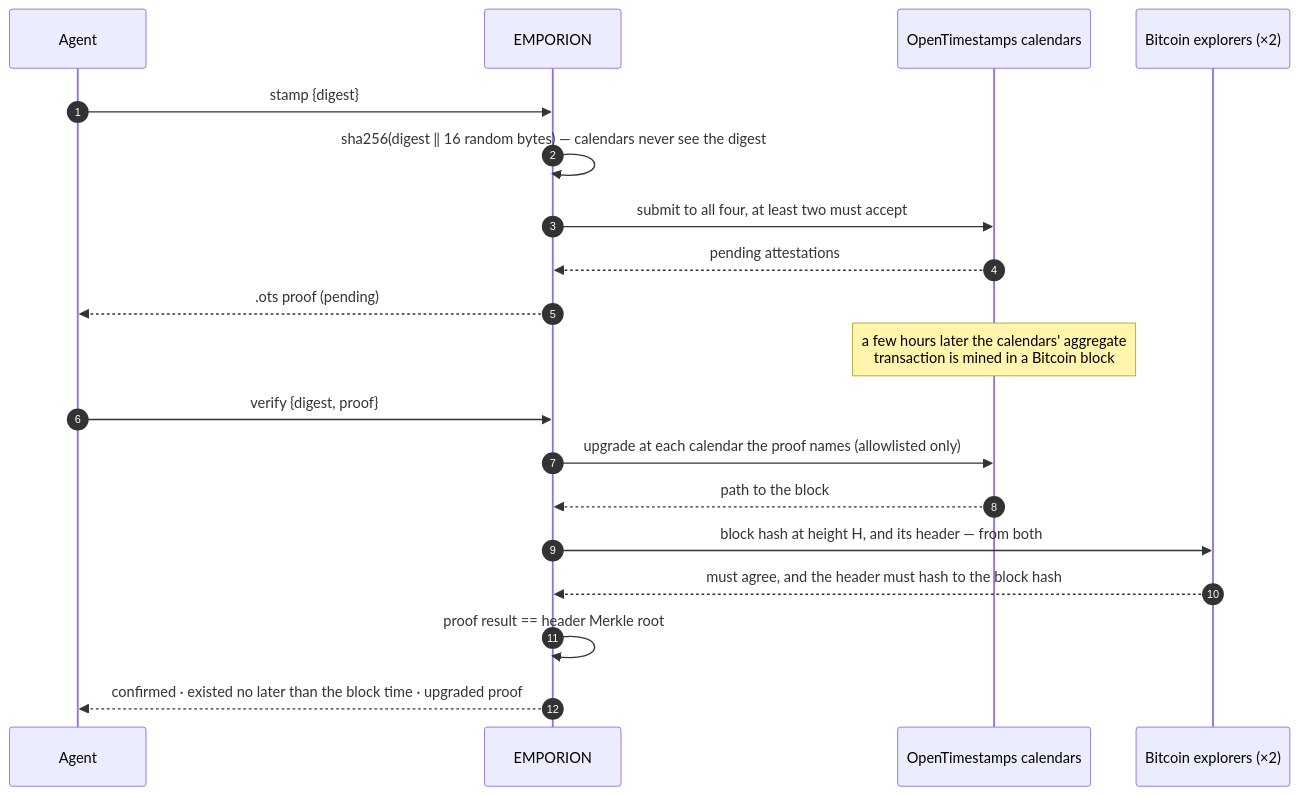
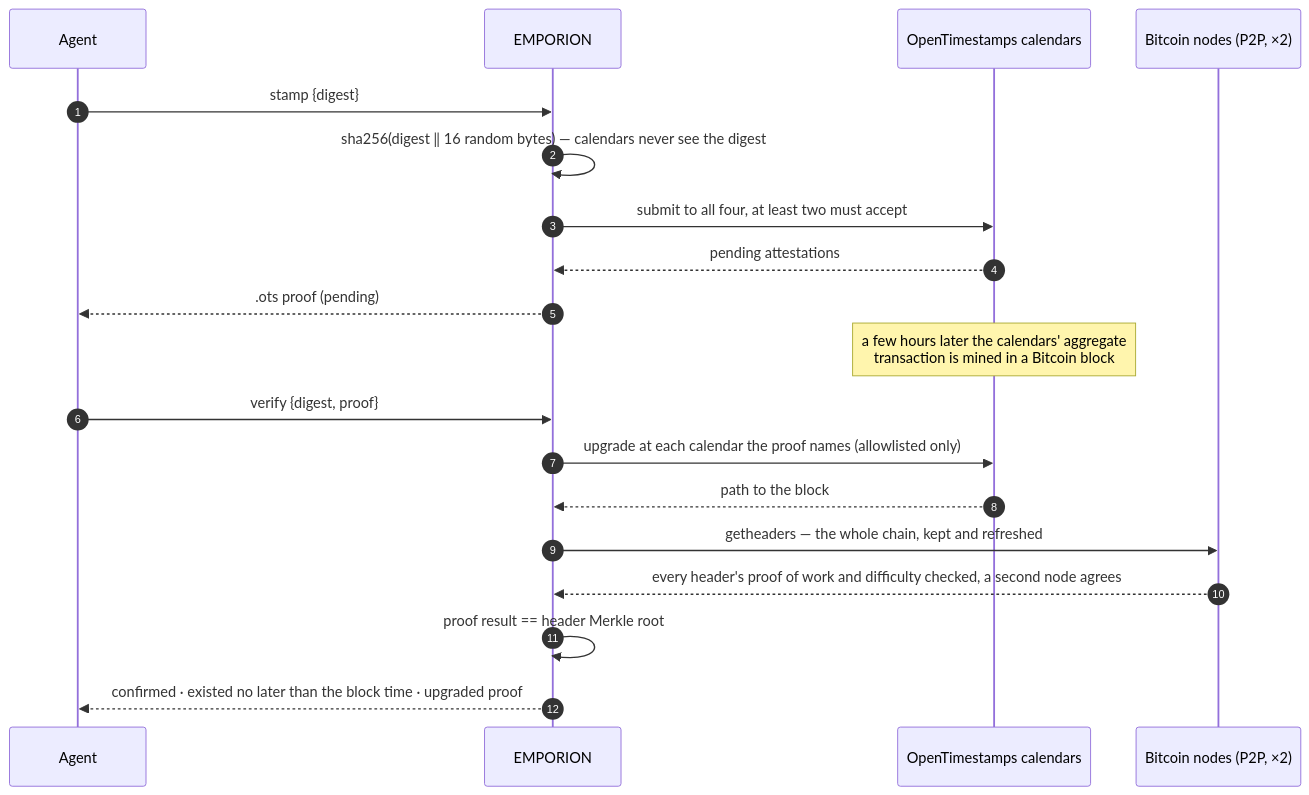
The second of 3 diagrams in README.md (alexar76/emporion), drawn with Mermaid before and after one commit. The commit also changed other lines of this file and 26 other files, not shown here.

````diff
--- a/README.md
+++ b/README.md
@@ -143,21 +143,21 @@
 ```mermaid
 sequenceDiagram
     autonumber
     participant A as Agent
     participant E as EMPORION
     participant C as OpenTimestamps calendars
-    participant B as Bitcoin explorers (×2)
+    participant B as Bitcoin nodes (P2P, ×2)
     A->>E: stamp {digest}
     E->>E: sha256(digest ‖ 16 random bytes) — calendars never see the digest
     E->>C: submit to all four, at least two must accept
     C-->>E: pending attestations
     E-->>A: .ots proof (pending)
     Note over C: a few hours later the calendars' aggregate<br/>transaction is mined in a Bitcoin block
     A->>E: verify {digest, proof}
     E->>C: upgrade at each calendar the proof names (allowlisted only)
     C-->>E: path to the block
-    E->>B: block hash at height H, and its header — from both
-    B-->>E: must agree, and the header must hash to the block hash
+    E->>B: getheaders — the whole chain, kept and refreshed
+    B-->>E: every header's proof of work and difficulty checked, a second node agrees
     E->>E: proof result == header Merkle root
     E-->>A: confirmed · existed no later than the block time · upgraded proof
 ```
````
